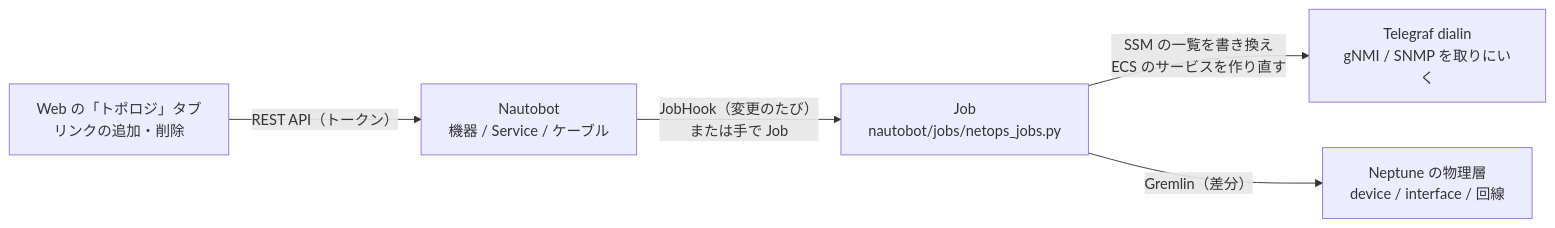
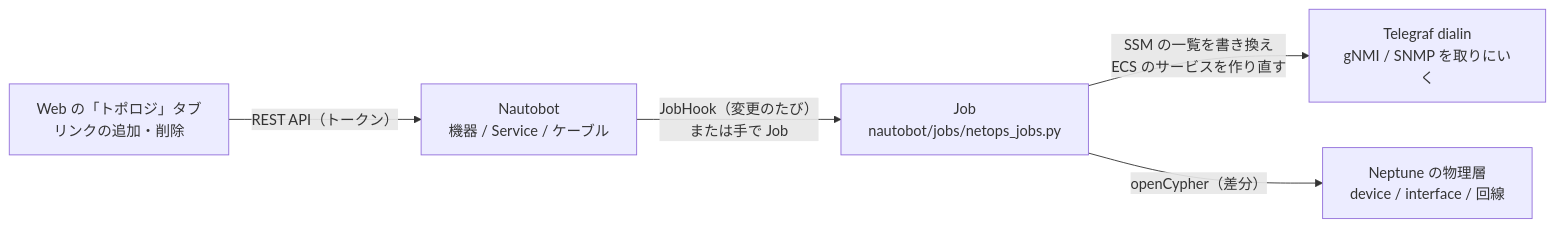
Before and after one commit to eddie-eights/nwc-poc: the second of 2 diagrams in docs/pipeline.md, drawn with Mermaid. The commit also changed other lines of this file and 58 other files, not shown here.

First line of the commit message:
トポロジの置き場を Neptune Database から Neptune Analytics に置き換えた（問い合わせは Gremlin から openCypher。AWS では未確認）

````diff
--- a/docs/pipeline.md
+++ b/docs/pipeline.md
@@ -277,7 +277,7 @@
 ```mermaid
 flowchart LR
   W["Web の「トポロジ」タブ<br/>リンクの追加・削除"] -->|"REST API（トークン）"| U
   U["Nautobot<br/>機器 / Service / ケーブル"] -->|"JobHook（変更のたび）<br/>または手で Job"| J["Job<br/>nautobot/jobs/netops_jobs.py"]
   J -->|"SSM の一覧を書き換え<br/>ECS のサービスを作り直す"| T["Telegraf dialin<br/>gNMI / SNMP を取りにいく"]
-  J -->|"Gremlin（差分）"| N["Neptune の物理層<br/>device / interface / 回線"]
+  J -->|"openCypher（差分）"| N["Neptune の物理層<br/>device / interface / 回線"]
 ```
````
